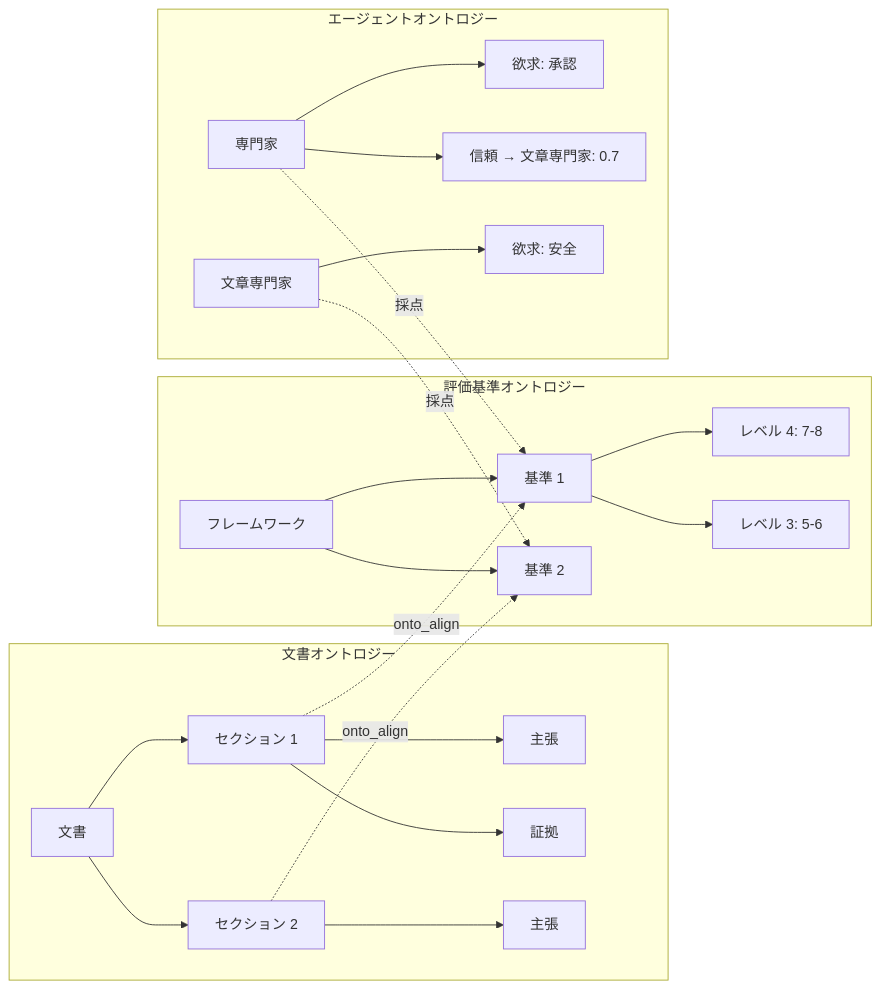
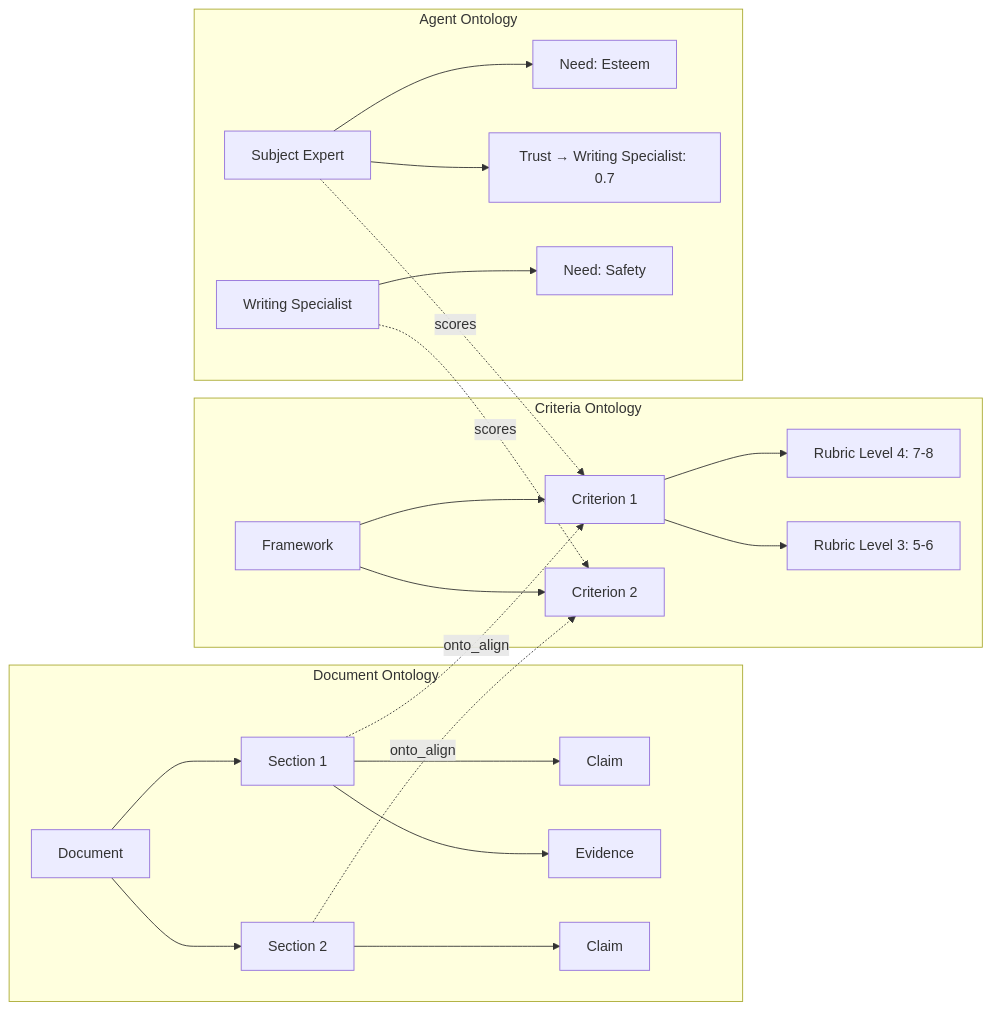
Before and after one commit to fabio-rovai/brain-in-the-fish: the second of 4 diagrams in README-JP.md, drawn with Mermaid. The commit also changed other lines of this file and 2 other files, not shown here.

````diff
--- a/README-JP.md
+++ b/README-JP.md
@@ -173,28 +232,28 @@
 ```mermaid
 graph LR
-    subgraph "文書オントロジー"
-        D[文書] --> S1[セクション 1]
-        D --> S2[セクション 2]
-        S1 --> C1[主張]
-        S1 --> E1[証拠]
-        S2 --> C2[主張]
+    subgraph "Document Ontology"
+        D[Document] --> S1[Section 1]
+        D --> S2[Section 2]
+        S1 --> C1[Claim]
+        S1 --> E1[Evidence]
+        S2 --> C2[Claim]
     end
 
-    subgraph "評価基準オントロジー"
-        F[フレームワーク] --> CR1[基準 1]
-        F --> CR2[基準 2]
-        CR1 --> R1[レベル 4: 7-8]
-        CR1 --> R2[レベル 3: 5-6]
+    subgraph "Criteria Ontology"
+        F[Framework] --> CR1[Criterion 1]
+        F --> CR2[Criterion 2]
+        CR1 --> R1[Rubric Level 4: 7-8]
+        CR1 --> R2[Rubric Level 3: 5-6]
     end
 
-    subgraph "エージェントオントロジー"
-        A1[専門家] --> N1[欲求: 承認]
-        A1 --> T1[信頼 → 文章専門家: 0.7]
-        A2[文章専門家] --> N2[欲求: 安全]
+    subgraph "Agent Ontology"
+        A1[Subject Expert] --> N1[Need: Esteem]
+        A1 --> T1[Trust → Writing Specialist: 0.7]
+        A2[Writing Specialist] --> N2[Need: Safety]
     end
 
     S1 -.->|onto_align| CR1
     S2 -.->|onto_align| CR2
-    A1 -.->|採点| CR1
-    A2 -.->|採点| CR2
+    A1 -.->|scores| CR1
+    A2 -.->|scores| CR2
 ```
````
